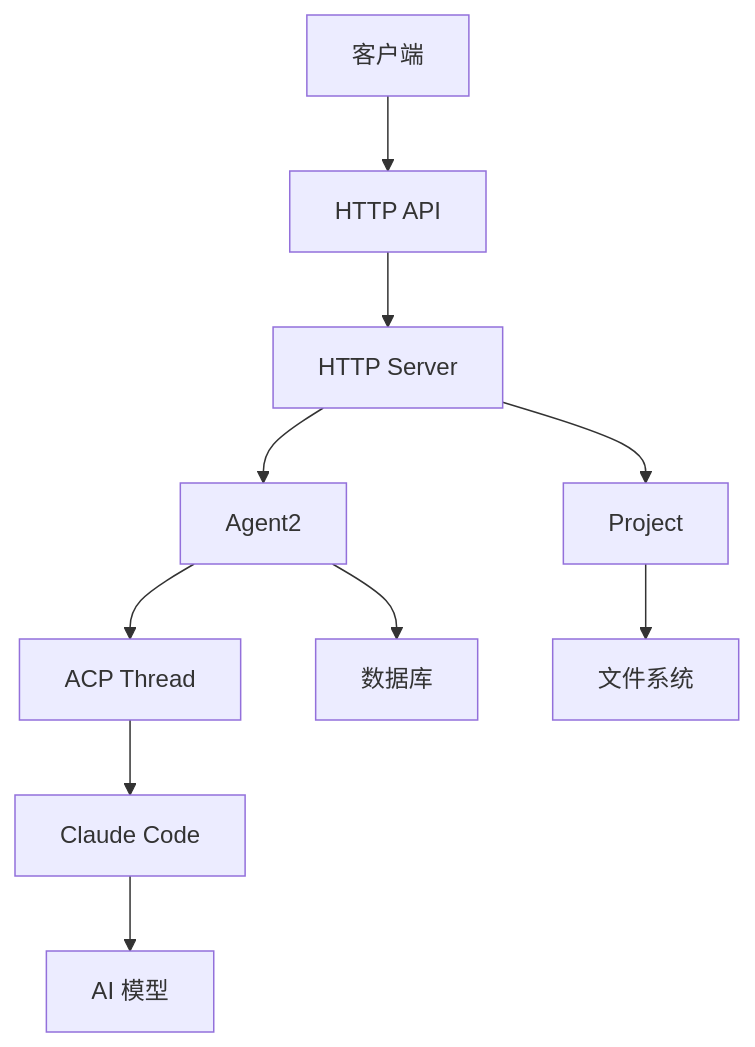
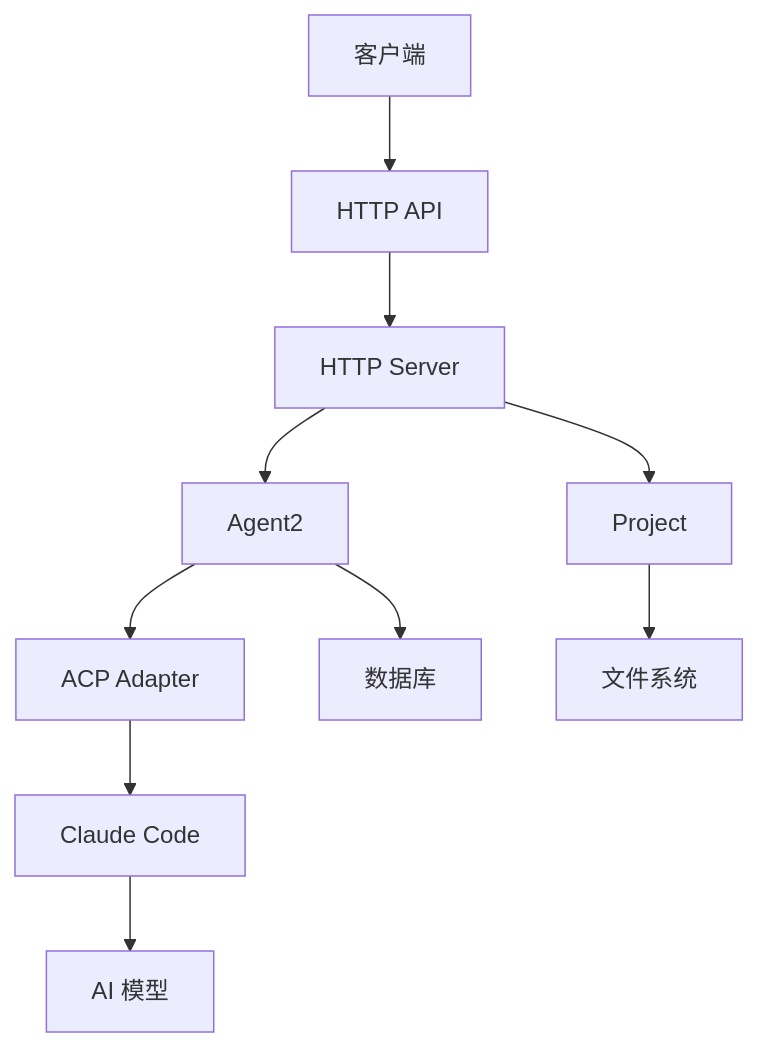
Before and after one commit to nuwax-ai/rcoder: the second of 11 diagrams in .qoder/repowiki/zh/content/项目概述.md, drawn with Mermaid. The commit also changed other lines of this file and 85 other files, not shown here.

First line of the commit message:
refactor(acp_adapter): 重构会话管理及连接模块以替代旧实现

````diff
--- a/.qoder/repowiki/zh/content/项目概述.md
+++ b/.qoder/repowiki/zh/content/项目概述.md
@@ -77,12 +96,12 @@
 ```mermaid
 graph TD
 A[客户端] --> B[HTTP API]
 B --> C[HTTP Server]
 C --> D[Agent2]
-D --> E[ACP Thread]
+D --> E[ACP Adapter]
 E --> F[Claude Code]
 C --> G[Project]
 G --> H[文件系统]
 D --> I[数据库]
 F --> J[AI 模型]
 ```
````
